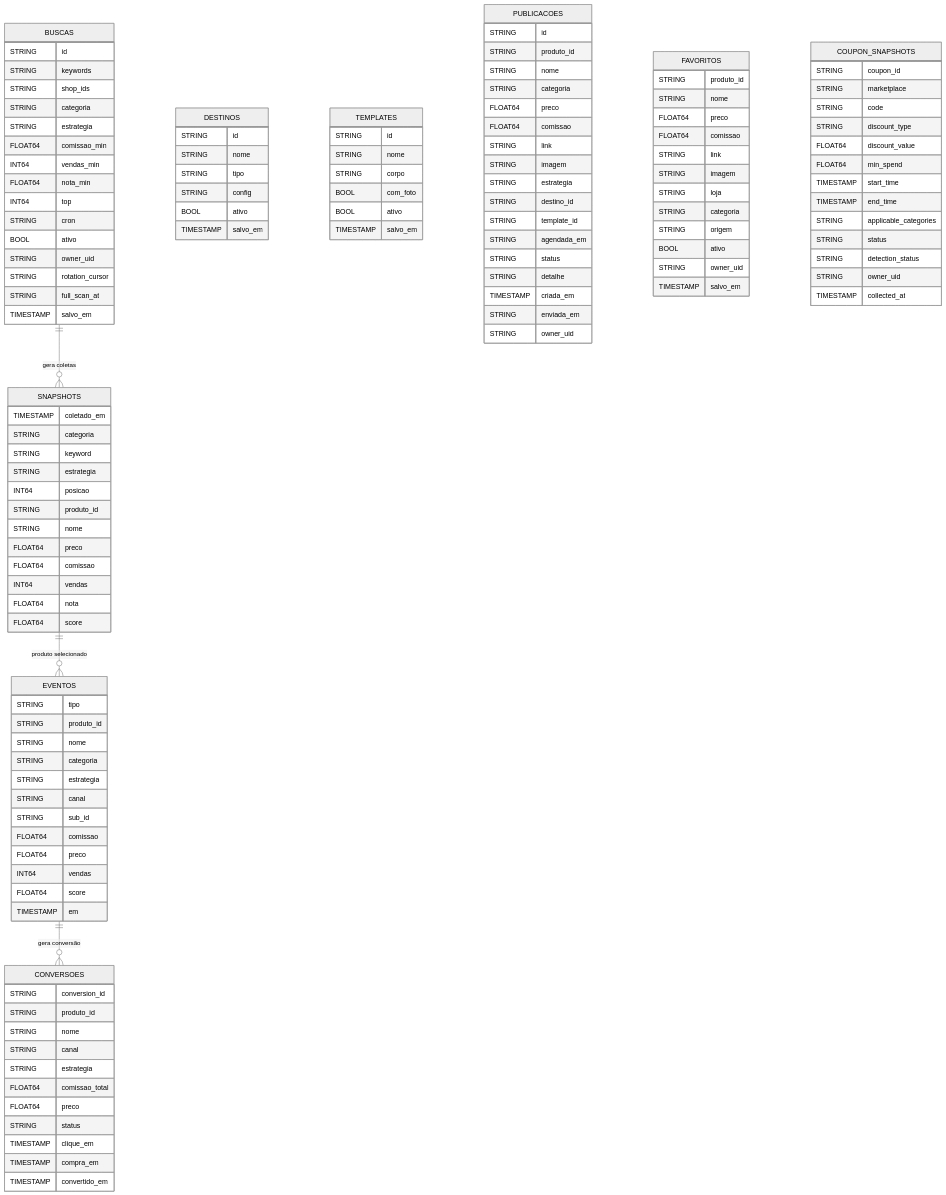
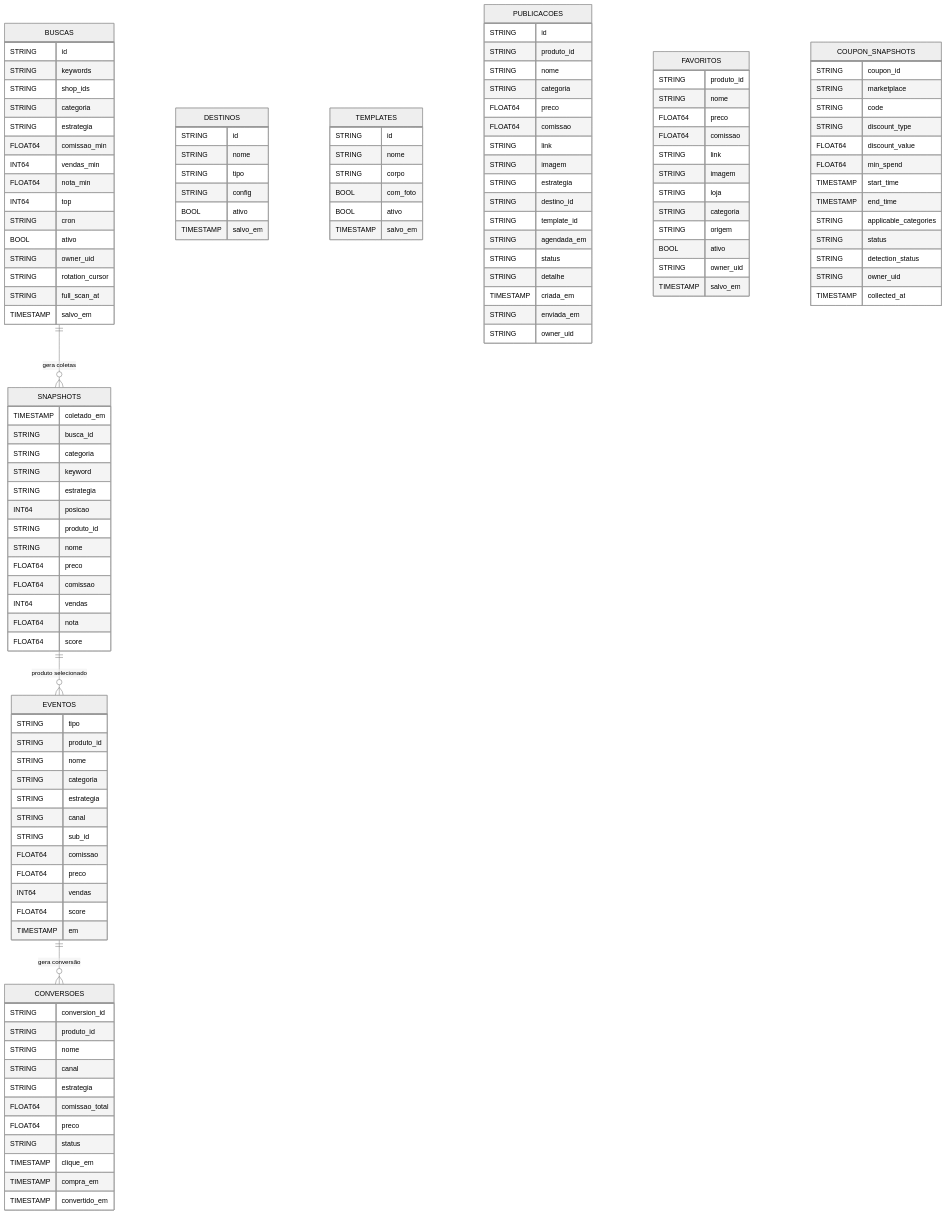
One commit to fmarquesfilho/garimpo changed the diagram in docs/gerado/ENTIDADES.md. Above: the diagram before and after it, drawn with Mermaid (neutral theme). The commit also changed 40 other files, not shown here.

```diff
--- a/docs/gerado/ENTIDADES.md
+++ b/docs/gerado/ENTIDADES.md
@@ -26,6 +26,7 @@
 
     SNAPSHOTS {
         TIMESTAMP coletado_em
+        STRING busca_id
         STRING categoria
         STRING keyword
         STRING estrategia
```
